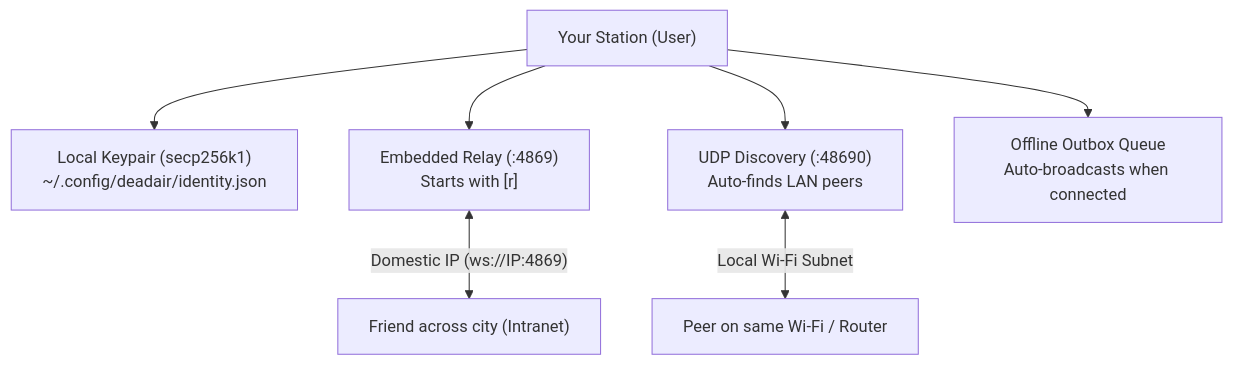
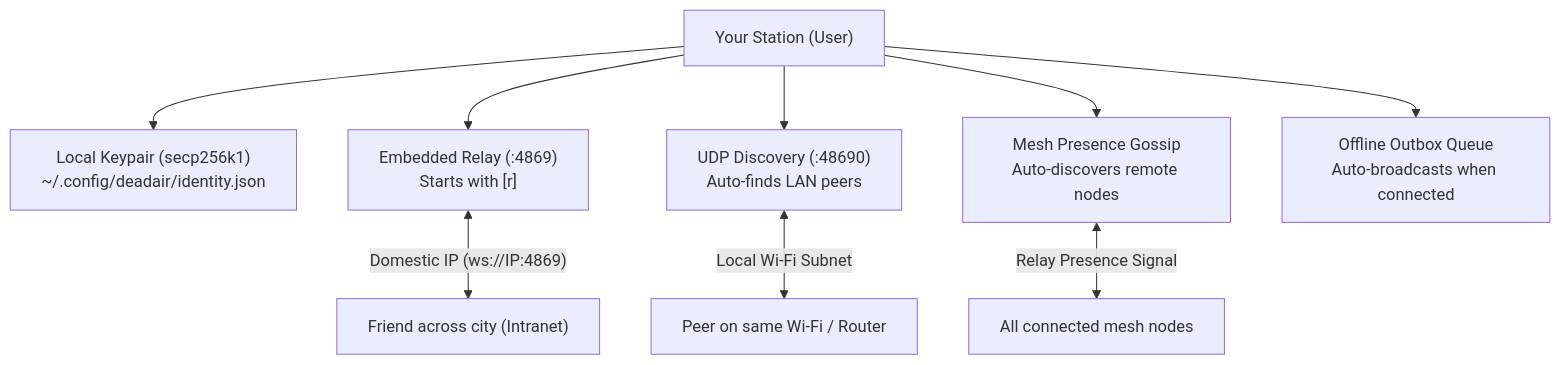
The diagram in docs/HOW_IT_WORKS.md (Deltafsociety/dead-air), drawn with Mermaid before and after one commit. The commit also changed other lines of this file and 16 other files, not shown here.

````diff
--- a/docs/HOW_IT_WORKS.md
+++ b/docs/HOW_IT_WORKS.md
@@ -50,16 +62,19 @@
 ```mermaid
 flowchart TD
     User["Your Station (User)"]
     Identity["Local Keypair (secp256k1)<br>~/.config/deadair/identity.json"]
     Relay["Embedded Relay (:4869)<br>Starts with [r]"]
     UDP["UDP Discovery (:48690)<br>Auto-finds LAN peers"]
+    Gossip["Mesh Presence Gossip<br>Auto-discovers remote nodes"]
     Outbox["Offline Outbox Queue<br>Auto-broadcasts when connected"]
     
     User --> Identity
     User --> Relay
     User --> UDP
+    User --> Gossip
     User --> Outbox
 
     Relay <-->|"Domestic IP (ws://IP:4869)"| RemoteFriend["Friend across city (Intranet)"]
     UDP <-->|"Local Wi-Fi Subnet"| LANPeer["Peer on same Wi-Fi / Router"]
+    Gossip <-->|"Relay Presence Signal"| MeshNodes["All connected mesh nodes"]
 ```
````
